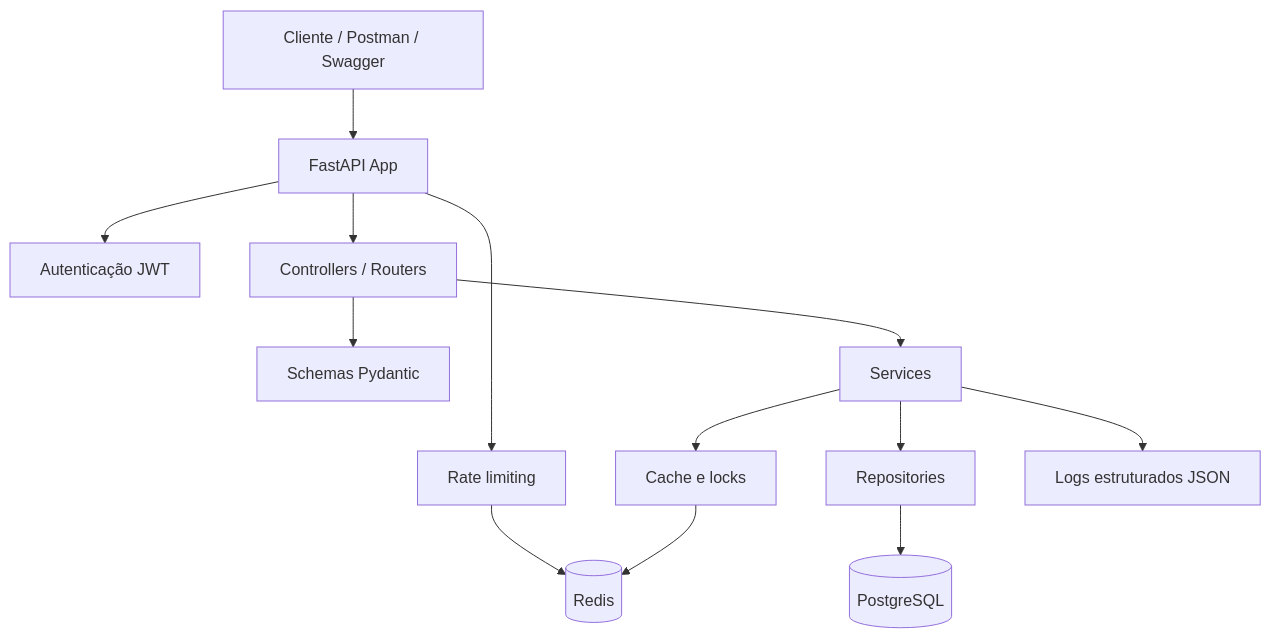
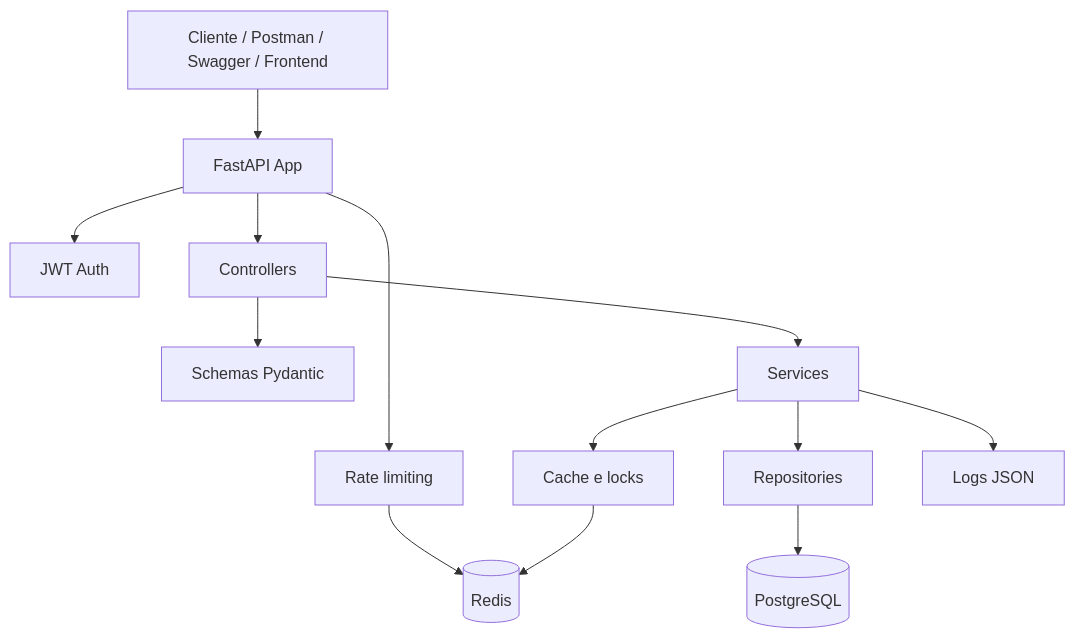
Before and after one commit to mavismmg/tech-case-btg-pactual: the first of 4 diagrams in README.md, drawn with Mermaid. The commit also changed other lines of this file and 1 other file, not shown here.

````diff
--- a/README.md
+++ b/README.md
@@ -119,19 +220,19 @@
 ```mermaid
 flowchart TD
-    Client[Cliente / Postman / Swagger] --> API[FastAPI App]
+    Client[Cliente / Postman / Swagger / Frontend] --> API[FastAPI App]
 
-    API --> Auth[Autenticação JWT]
+    API --> Auth[JWT Auth]
     API --> RateLimit[Rate limiting]
     RateLimit --> Redis[(Redis)]
 
-    API --> Controllers[Controllers / Routers]
+    API --> Controllers[Controllers]
     Controllers --> Schemas[Schemas Pydantic]
     Controllers --> Services[Services]
 
     Services --> Repositories[Repositories]
     Services --> Cache[Cache e locks]
     Cache --> Redis
 
     Repositories --> DB[(PostgreSQL)]
-    Services --> Logs[Logs estruturados JSON]
+    Services --> Logs[Logs JSON]
 ```
````
